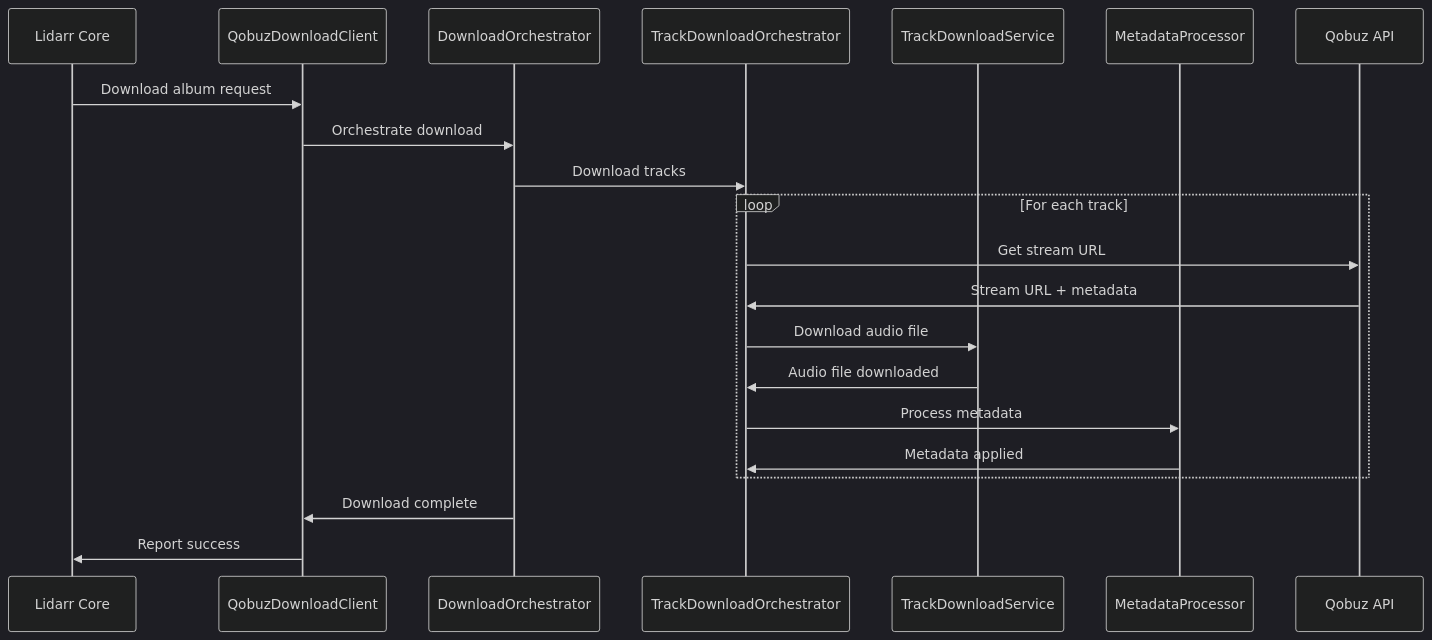
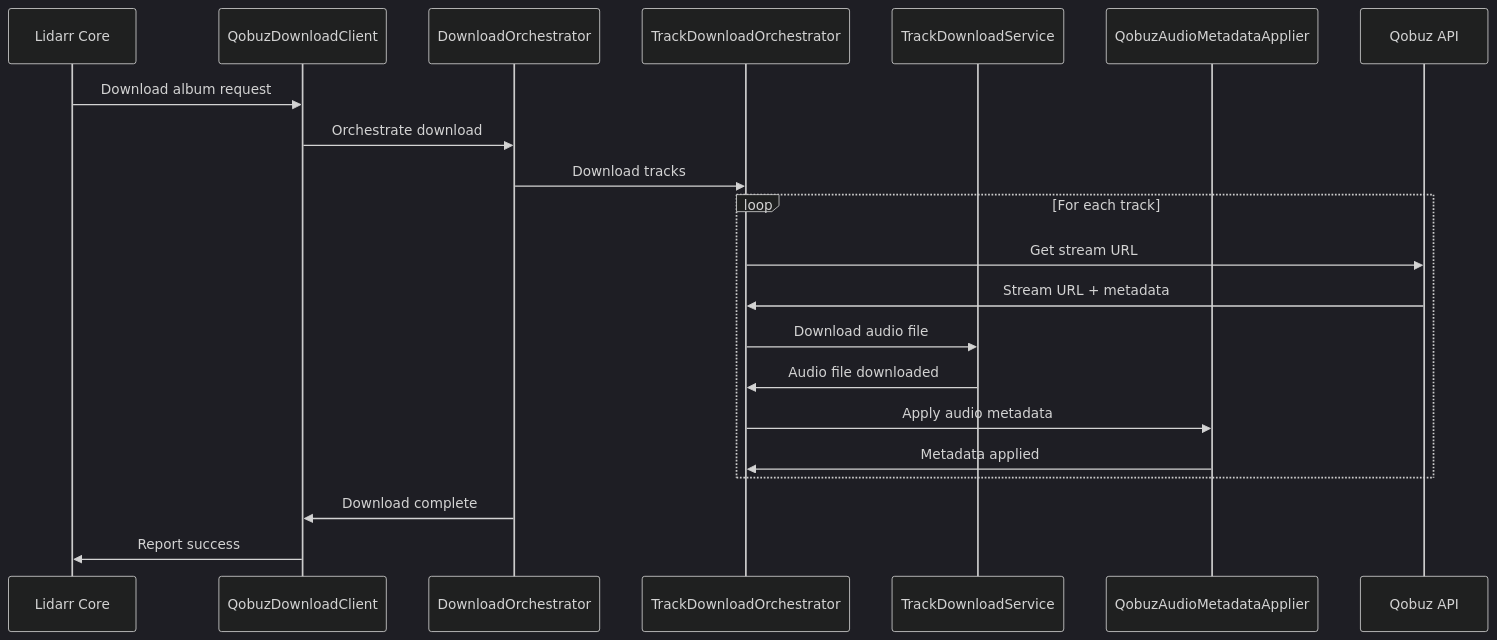
The fifth of 25 diagrams in docs/ARCHITECTURE.md (RicherTunes/Qobuzarr), drawn with Mermaid (dark theme) before and after one commit. The commit also changed other lines of this file and 5 other files, not shown here.

````diff
--- a/docs/ARCHITECTURE.md
+++ b/docs/ARCHITECTURE.md
@@ -271,26 +271,26 @@
 ```mermaid
 sequenceDiagram
     participant Lidarr as Lidarr Core
     participant QDC as QobuzDownloadClient
     participant DO as DownloadOrchestrator
     participant TDO as TrackDownloadOrchestrator
     participant TDS as TrackDownloadService
-    participant MP as MetadataProcessor
+    participant MAP as QobuzAudioMetadataApplier
     participant QobuzAPI as Qobuz API
     
     Lidarr->>QDC: Download album request
     QDC->>DO: Orchestrate download
     DO->>TDO: Download tracks
     
     loop For each track
         TDO->>QobuzAPI: Get stream URL
         QobuzAPI->>TDO: Stream URL + metadata
         TDO->>TDS: Download audio file
         TDS->>TDO: Audio file downloaded
-        TDO->>MP: Process metadata
-        MP->>TDO: Metadata applied
+        TDO->>MAP: Apply audio metadata
+        MAP->>TDO: Metadata applied
     end
     
     DO->>QDC: Download complete
     QDC->>Lidarr: Report success
 ```
````
